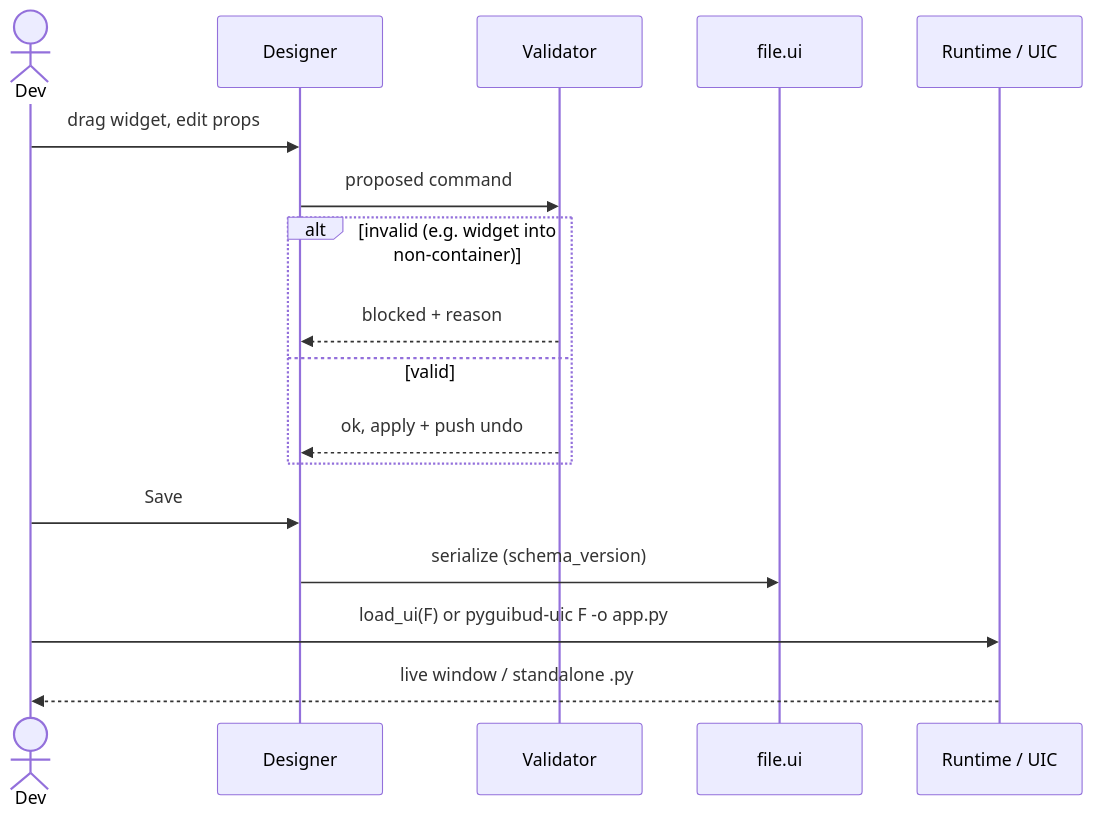
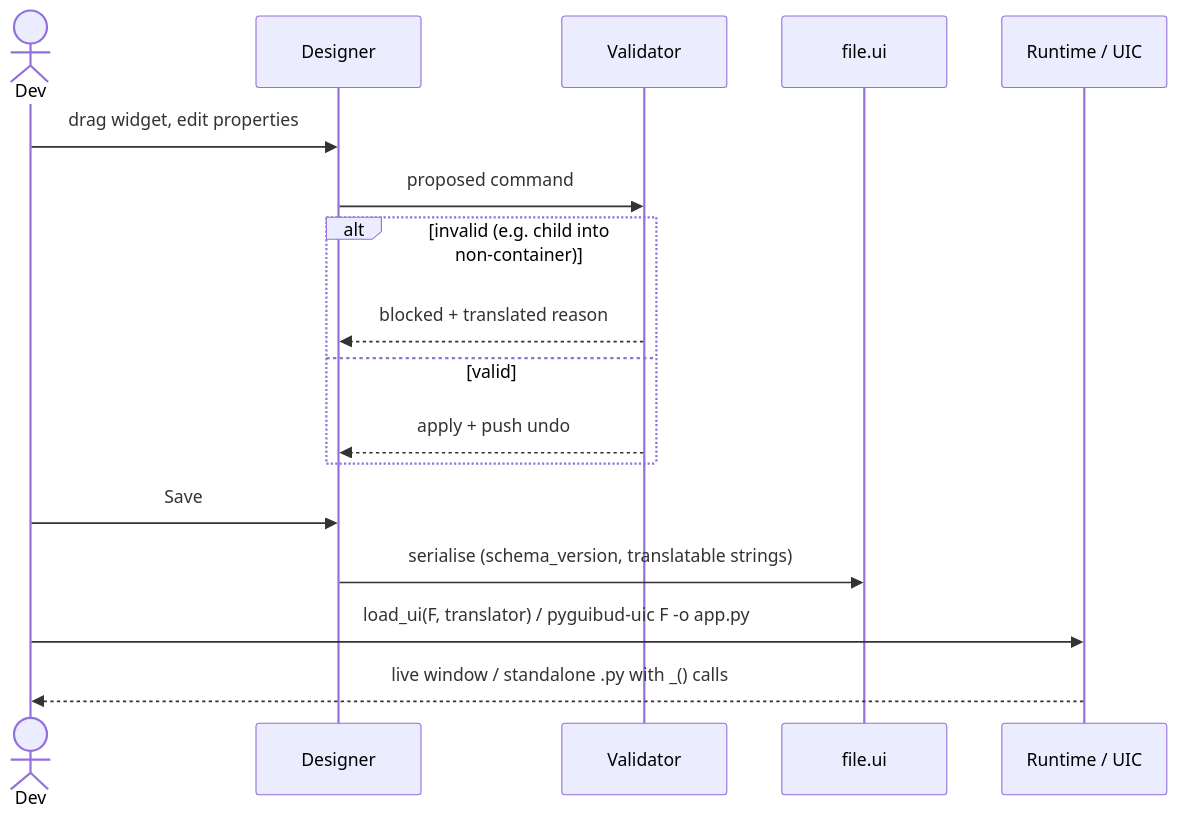
One commit to larrezze-dev/PyGUIbud_CLAUDE changed the second of 4 diagrams in project.md. Above: the diagram before and after it, drawn with Mermaid. The commit also changed other lines of this file and 260 other files, not shown here.

````diff
--- a/project.md
+++ b/project.md
@@ -91,19 +51,19 @@
 ```mermaid
 sequenceDiagram
   actor Dev
   participant D as Designer
   participant V as Validator
   participant F as file.ui
   participant R as Runtime / UIC
-  Dev->>D: drag widget, edit props
+  Dev->>D: drag widget, edit properties
   D->>V: proposed command
-  alt invalid (e.g. widget into non-container)
-    V-->>D: blocked + reason
+  alt invalid (e.g. child into non-container)
+    V-->>D: blocked + translated reason
   else valid
-    V-->>D: ok, apply + push undo
+    V-->>D: apply + push undo
   end
   Dev->>D: Save
-  D->>F: serialize (schema_version)
-  Dev->>R: load_ui(F) or pyguibud-uic F -o app.py
-  R-->>Dev: live window / standalone .py
+  D->>F: serialise (schema_version, translatable strings)
+  Dev->>R: load_ui(F, translator) / pyguibud-uic F -o app.py
+  R-->>Dev: live window / standalone .py with _() calls
 ```
````
